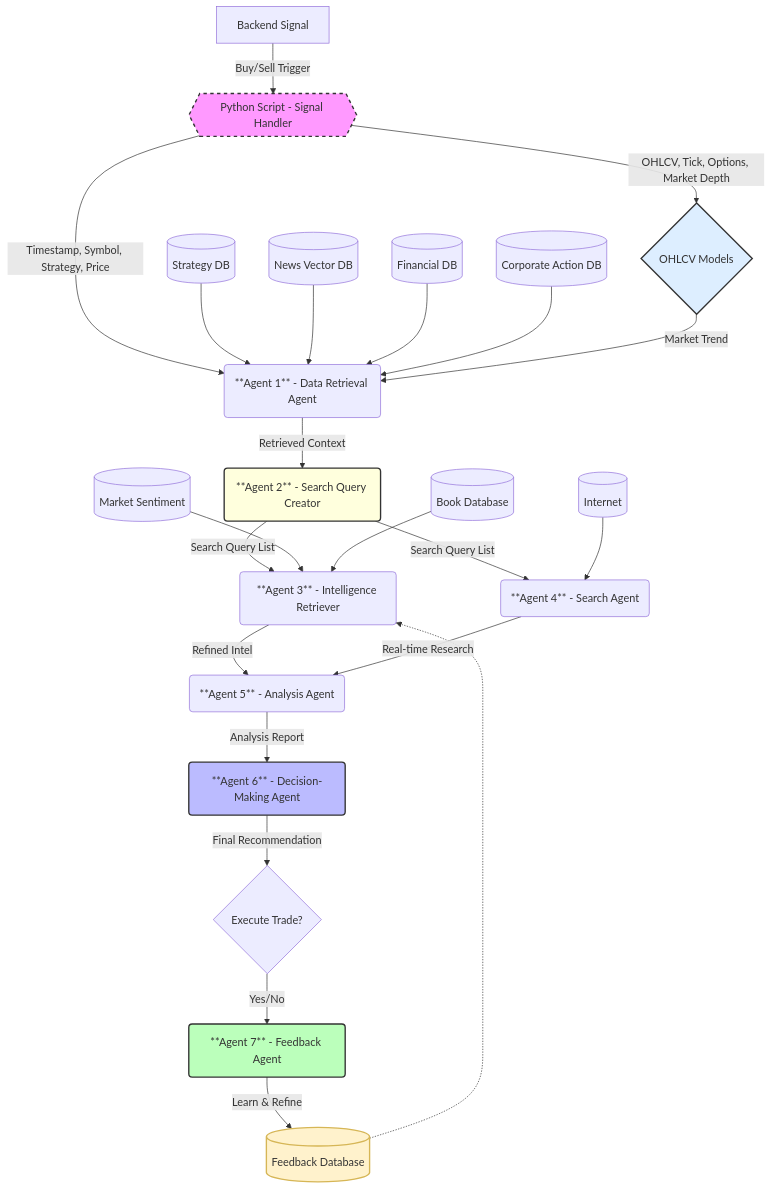
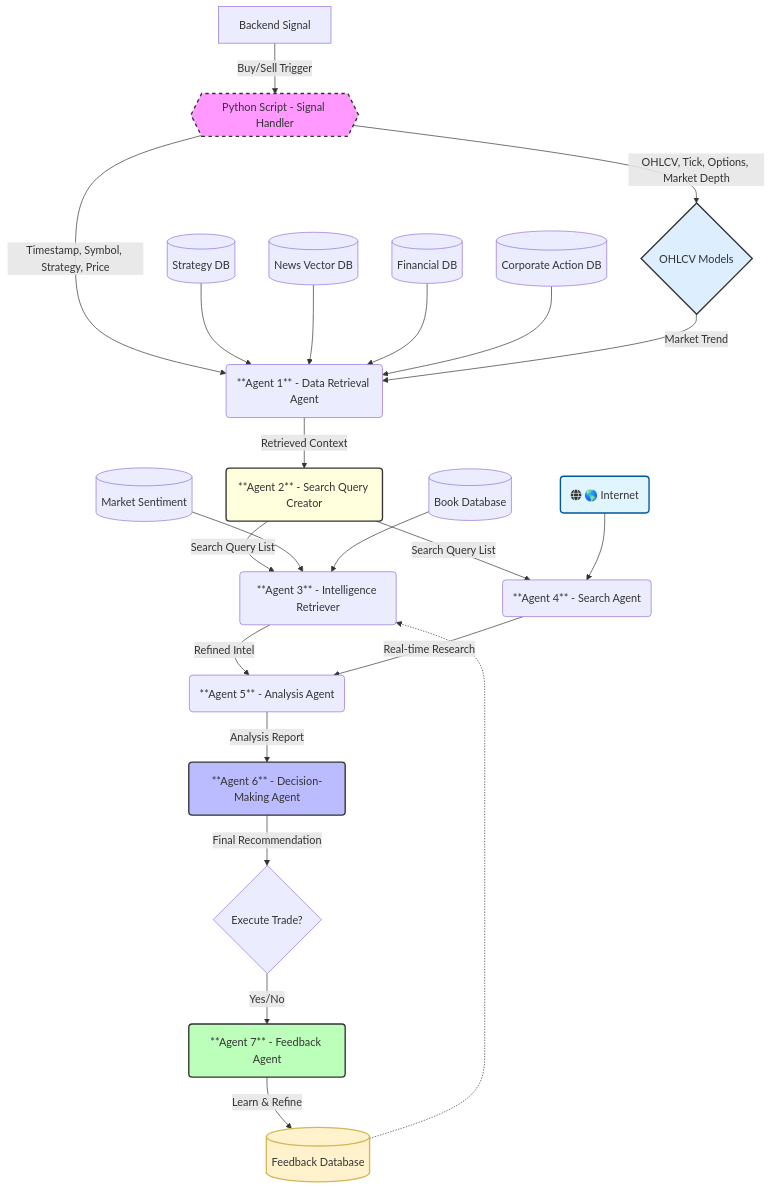
The diagram in signal-agent-workflow/version-2.md (smartxalgo002-AI-ML/AI-Stretegy-builder), drawn with Mermaid before and after one commit.

````diff
--- a/signal-agent-workflow/version-2.md
+++ b/signal-agent-workflow/version-2.md
@@ -1,50 +1,51 @@
 ```mermaid
 graph TD
     A[Backend Signal] -->|Buy/Sell Trigger| B{{Python Script - Signal Handler}}
     
     %% Script Feeds Model
     B -->|OHLCV, Tick, Options, Market Depth| G{OHLCV Models}
     
     %% Specific Context Transfer
     B -->|Timestamp, Symbol, Strategy, Price| C(**Agent 1** - Data Retrieval Agent)
     
     %% Agent 1 Expanded Sources
     DB1[(Strategy DB)] --> C
     DB2[(News Vector DB)] --> C
     DB3[(Financial DB)] --> C
     DB4[(Corporate Action DB)] --> C
     G -->|Market Trend| C
 
     %% Agent 2 - Search Query Creator
     C -->|Retrieved Context| D(**Agent 2** - Search Query Creator)
     
     %% Query Distribution
     D -->|Search Query List| E(**Agent 3** - Intelligence Retriever)
     D -->|Search Query List| L(**Agent 4** - Search Agent)
 
     %% Agent 3 Intelligence Gathering
     M[(Market Sentiment)] --> E
     F[(Book Database)] --> E
     E -->|Refined Intel| H(**Agent 5** - Analysis Agent)
 
-    %% Agent 4 Internet Search
-    N[(Internet)] --> L
+    %% Agent 4 Internet Search with Icon
+    N(fa:fa-globe 🌎 Internet) --> L
     L -->|Real-time Research| H
 
     %% Final Decision Path
     H -->|Analysis Report| I(**Agent 6** - Decision-Making Agent)
     I -->|Final Recommendation| J{Execute Trade?}
 
     %% Feedback Loop
     J -->|Yes/No| K(**Agent 7** - Feedback Agent)
     K -->|Learn & Refine| FB[(Feedback Database)]
     FB -.-> E
 
     %% Styling
     style B fill:#f9f,stroke:#333,stroke-width:2px,stroke-dasharray: 5 5
     style I fill:#bbf,stroke:#333,stroke-width:2px
     style K fill:#bfb,stroke:#333,stroke-width:2px
     style FB fill:#fff2cc,stroke:#d6b656,stroke-width:2px
     style G fill:#def,stroke:#333,stroke-width:2px
     style D fill:#ffd,stroke:#333,stroke-width:2px
+    style N fill:#e1f5fe,stroke:#01579b,stroke-width:2px
 ```
````
